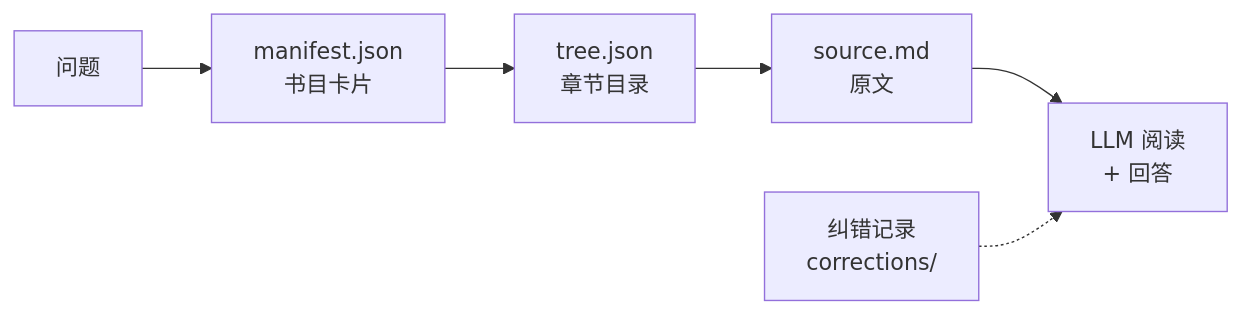
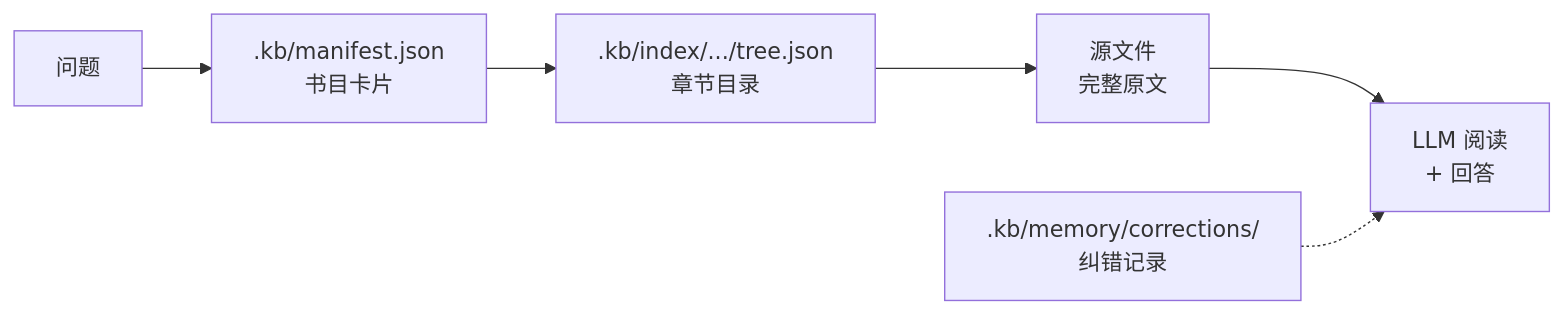
The first of 2 diagrams in README.md (waylondev/kb-pilot), drawn with Mermaid before and after one commit. The commit also changed other lines of this file and 7 other files, not shown here.

````diff
--- a/README.md
+++ b/README.md
@@ -5,8 +5,8 @@
 ```mermaid
 flowchart LR
-    Q["问题"] --> M["manifest.json<br/>书目卡片"]
-    M --> T["tree.json<br/>章节目录"]
-    T --> S["source.md<br/>原文"]
+    Q["问题"] --> M[".kb/manifest.json<br/>书目卡片"]
+    M --> T[".kb/index/.../tree.json<br/>章节目录"]
+    T --> S["源文件<br/>完整原文"]
     S --> A["LLM 阅读<br/>+ 回答"]
-    C["纠错记录<br/>corrections/"] -.-> A
+    C[".kb/memory/corrections/<br/>纠错记录"] -.-> A
 ```
````
